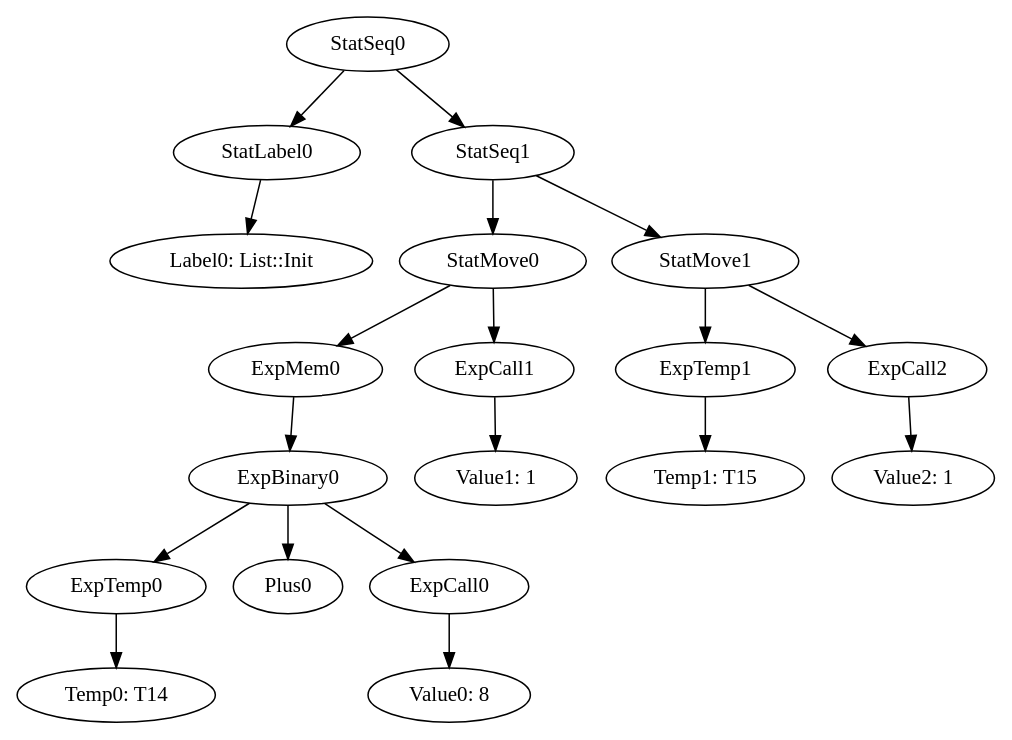
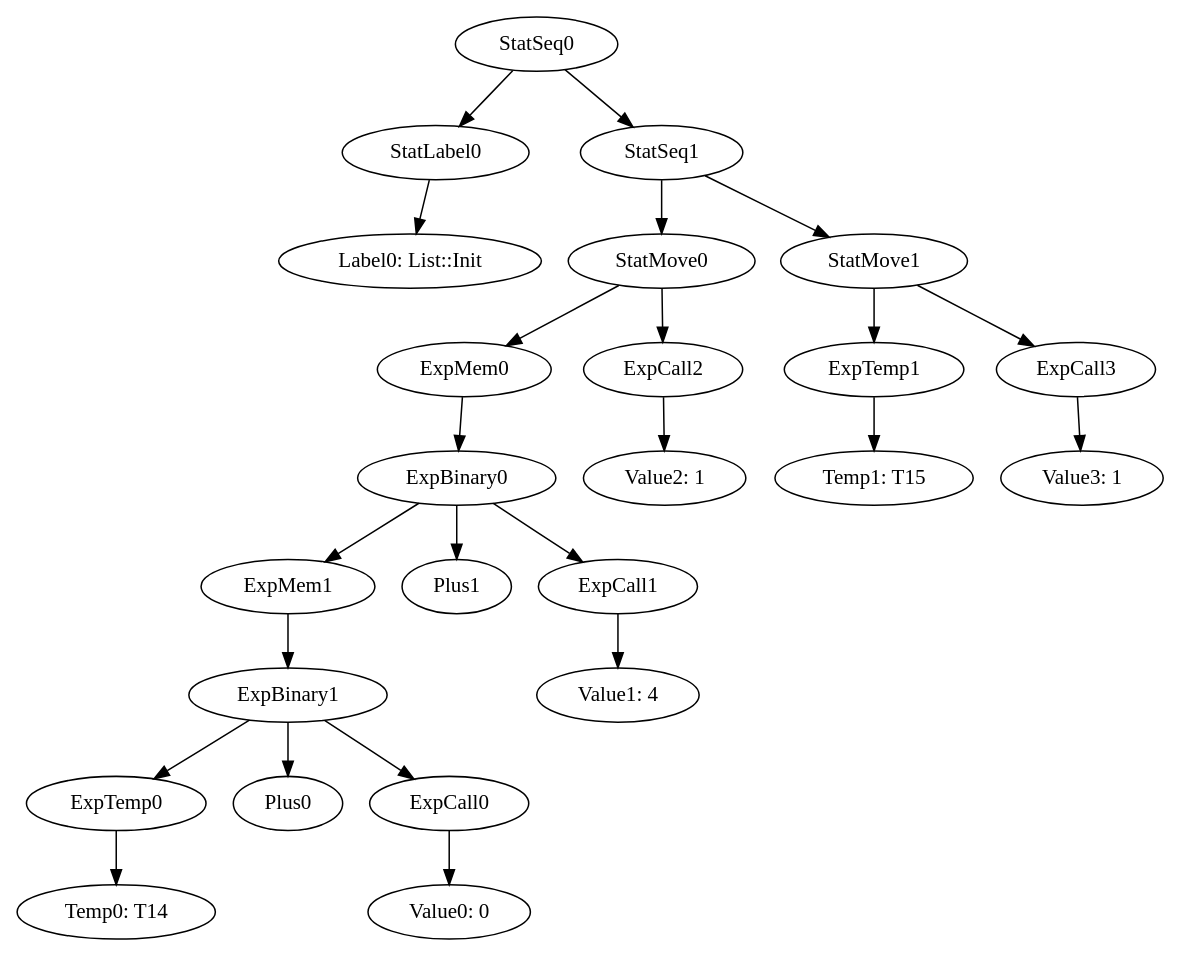
Before and after one commit to team-compilers/compilers: the diagram in MiniJava/results/SamplesCorrect/LinkedList/irt_List::Init.gv, drawn with Graphviz. The commit also changed 168 other files, not shown here.

```diff
--- a/MiniJava/results/SamplesCorrect/LinkedList/irt_List::Init.gv
+++ b/MiniJava/results/SamplesCorrect/LinkedList/irt_List::Init.gv
@@ -1,21 +1,26 @@
 digraph {
 	ordering = out;
 	StatMove1 -> ExpTemp1;
-	StatMove1 -> ExpCall2;
-	ExpBinary0 -> ExpTemp0;
-	ExpBinary0 -> Plus0;
-	ExpBinary0 -> ExpCall0;
-	ExpCall2 -> "Value2: 1";
-	StatMove0 -> ExpMem0;
-	StatMove0 -> ExpCall1;
-	ExpCall1 -> "Value1: 1";
+	StatMove1 -> ExpCall3;
+	ExpCall3 -> "Value3: 1";
+	ExpTemp1 -> "Temp1: T15";
 	ExpTemp0 -> "Temp0: T14";
 	StatSeq0 -> StatLabel0;
 	StatSeq0 -> StatSeq1;
 	StatLabel0 -> "Label0: List::Init";
-	ExpMem0 -> ExpBinary0;
-	ExpCall0 -> "Value0: 8";
 	StatSeq1 -> StatMove0;
 	StatSeq1 -> StatMove1;
-	ExpTemp1 -> "Temp1: T15";
+	ExpCall0 -> "Value0: 0";
+	ExpMem1 -> ExpBinary1;
+	ExpBinary1 -> ExpTemp0;
+	ExpBinary1 -> Plus0;
+	ExpBinary1 -> ExpCall0;
+	ExpMem0 -> ExpBinary0;
+	ExpBinary0 -> ExpMem1;
+	ExpBinary0 -> Plus1;
+	ExpBinary0 -> ExpCall1;
+	ExpCall1 -> "Value1: 4";
+	ExpCall2 -> "Value2: 1";
+	StatMove0 -> ExpMem0;
+	StatMove0 -> ExpCall2;
 }
```
